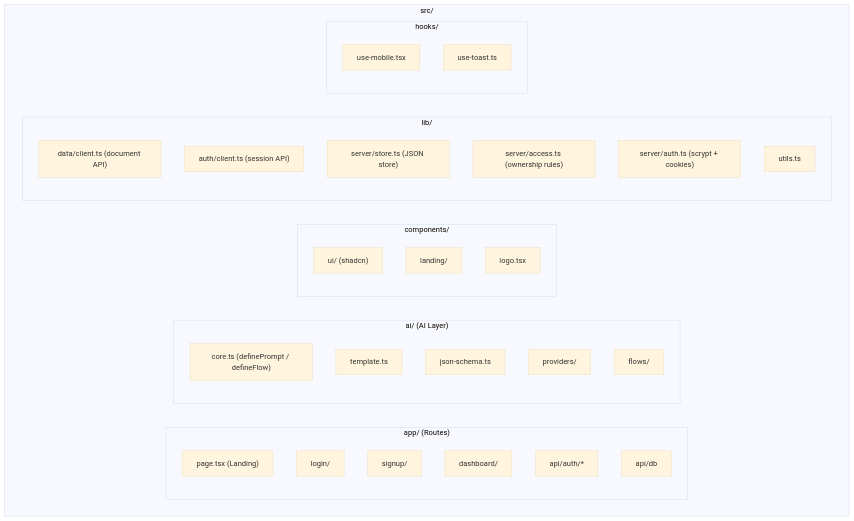
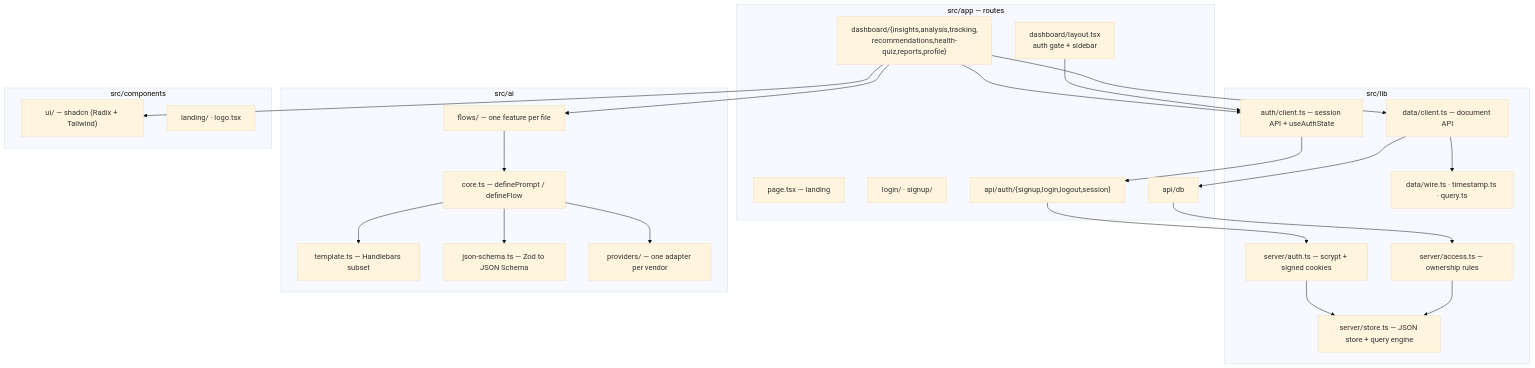
The first of 5 diagrams in docs/code/README.md (knotking/healthgeek), drawn with Mermaid (base theme) before and after one commit. The commit also changed other lines of this file and 6 other files, not shown here.

````diff
--- a/docs/code/README.md
+++ b/docs/code/README.md
@@ -5,41 +9,48 @@
 ```mermaid
-graph TD
-    subgraph src ["src/"]
-        subgraph app ["app/ (Routes)"]
-            Landing["page.tsx (Landing)"]
-            LoginPage["login/"]
-            SignupPage["signup/"]
-            Dashboard["dashboard/"]
-            ApiAuth["api/auth/*"]
-            ApiDb["api/db"]
-        end
+flowchart TB
+    subgraph app ["src/app — routes"]
+        landing["page.tsx — landing"]
+        login["login/ · signup/"]
+        dash["dashboard/layout.tsx<br/>auth gate + sidebar"]
+        pages["dashboard/{insights,analysis,tracking,<br/>recommendations,health-quiz,reports,profile}"]
+        apiAuth["api/auth/{signup,login,logout,session}"]
+        apiDb["api/db"]
+    end
 
-        subgraph ai ["ai/ (AI Layer)"]
-            Core["core.ts (definePrompt / defineFlow)"]
-            Template["template.ts"]
-            SchemaGen["json-schema.ts"]
-            ProviderDir["providers/"]
-            Flows["flows/"]
-        end
+    subgraph lib ["src/lib"]
+        dataClient["data/client.ts — document API"]
+        dataWire["data/wire.ts · timestamp.ts · query.ts"]
+        authClient["auth/client.ts — session API + useAuthState"]
+        srvStore["server/store.ts — JSON store + query engine"]
+        srvAccess["server/access.ts — ownership rules"]
+        srvAuth["server/auth.ts — scrypt + signed cookies"]
+    end
 
-        subgraph components ["components/"]
-            UILib["ui/ (shadcn)"]
-            LandingComps["landing/"]
-            LogoComp["logo.tsx"]
-        end
+    subgraph ai ["src/ai"]
+        core["core.ts — definePrompt / defineFlow"]
+        tpl["template.ts — Handlebars subset"]
+        js["json-schema.ts — Zod to JSON Schema"]
+        prov["providers/ — one adapter per vendor"]
+        flows["flows/ — one feature per file"]
+    end
 
-        subgraph lib ["lib/"]
-            DataClient["data/client.ts (document API)"]
-            AuthClient["auth/client.ts (session API)"]
-            ServerStore["server/store.ts (JSON store)"]
-            ServerAccess["server/access.ts (ownership rules)"]
-            ServerAuth["server/auth.ts (scrypt + cookies)"]
-            Utils["utils.ts"]
-        end
+    subgraph ui ["src/components"]
+        shad["ui/ — shadcn (Radix + Tailwind)"]
+        land["landing/ · logo.tsx"]
+    end
 
-        subgraph hooks ["hooks/"]
-            UseMobile["use-mobile.tsx"]
-            UseToast["use-toast.ts"]
-        end
-    end
+    dash --> authClient
+    pages --> dataClient
+    pages --> authClient
+    pages --> flows
+    pages --> shad
+    dataClient --> dataWire
+    dataClient --> apiDb
+    authClient --> apiAuth
+    apiDb --> srvAccess --> srvStore
+    apiAuth --> srvAuth --> srvStore
+    flows --> core
+    core --> tpl
+    core --> js
+    core --> prov
 ```
````
